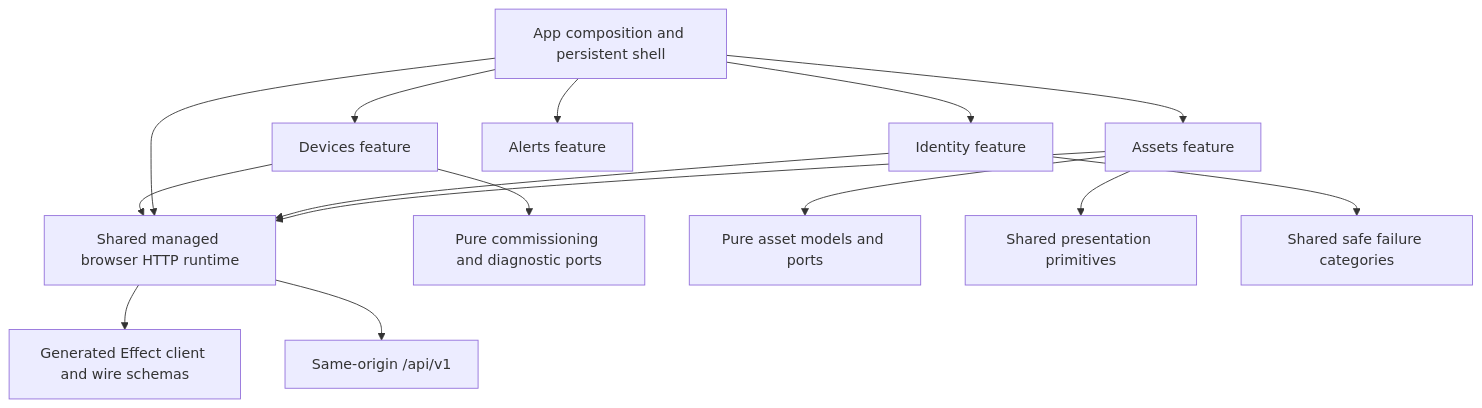
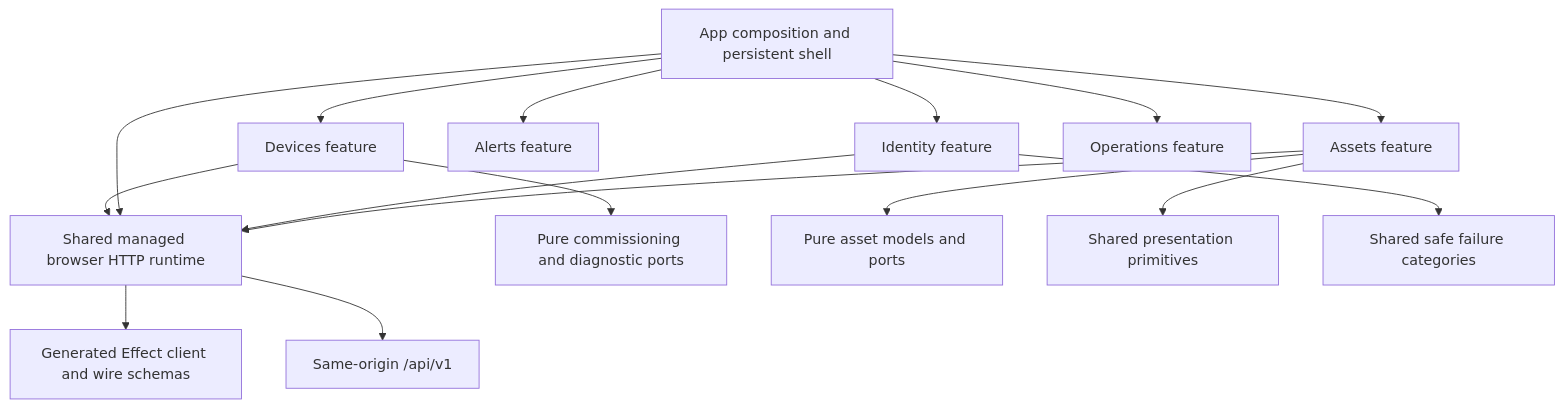
One commit to stanimirivanov/fleetiq-ui changed the diagram in ARCHITECTURE.md. Above: the diagram before and after it, drawn with Mermaid. The commit also changed other lines of this file and 41 other files, not shown here.

````diff
--- a/ARCHITECTURE.md
+++ b/ARCHITECTURE.md
@@ -13,17 +13,18 @@
 ```mermaid
 flowchart TD
   App[App composition and persistent shell] --> Identity[Identity feature]
   App --> Assets[Assets feature]
   App --> Alerts[Alerts feature]
   App --> Devices[Devices feature]
+  App --> Operations[Operations feature]
   Devices --> Runtime
   Devices --> DevicePorts[Pure commissioning and diagnostic ports]
   App --> Runtime[Shared managed browser HTTP runtime]
   Identity --> Runtime
   Assets --> Runtime
   Runtime --> Generated[Generated Effect client and wire schemas]
   Runtime --> API[Same-origin /api/v1]
   Assets --> Model[Pure asset models and ports]
   Assets --> UI[Shared presentation primitives]
   Identity --> Failures[Shared safe failure categories]
 ```
````
